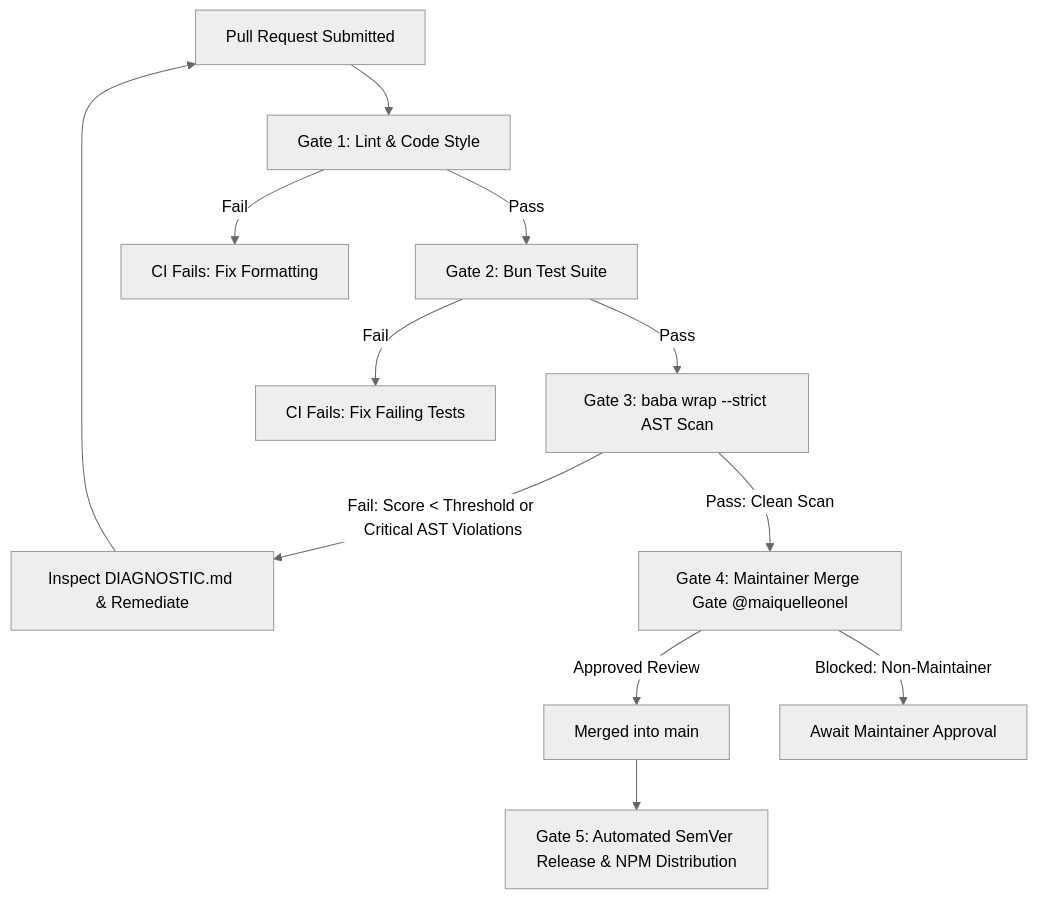
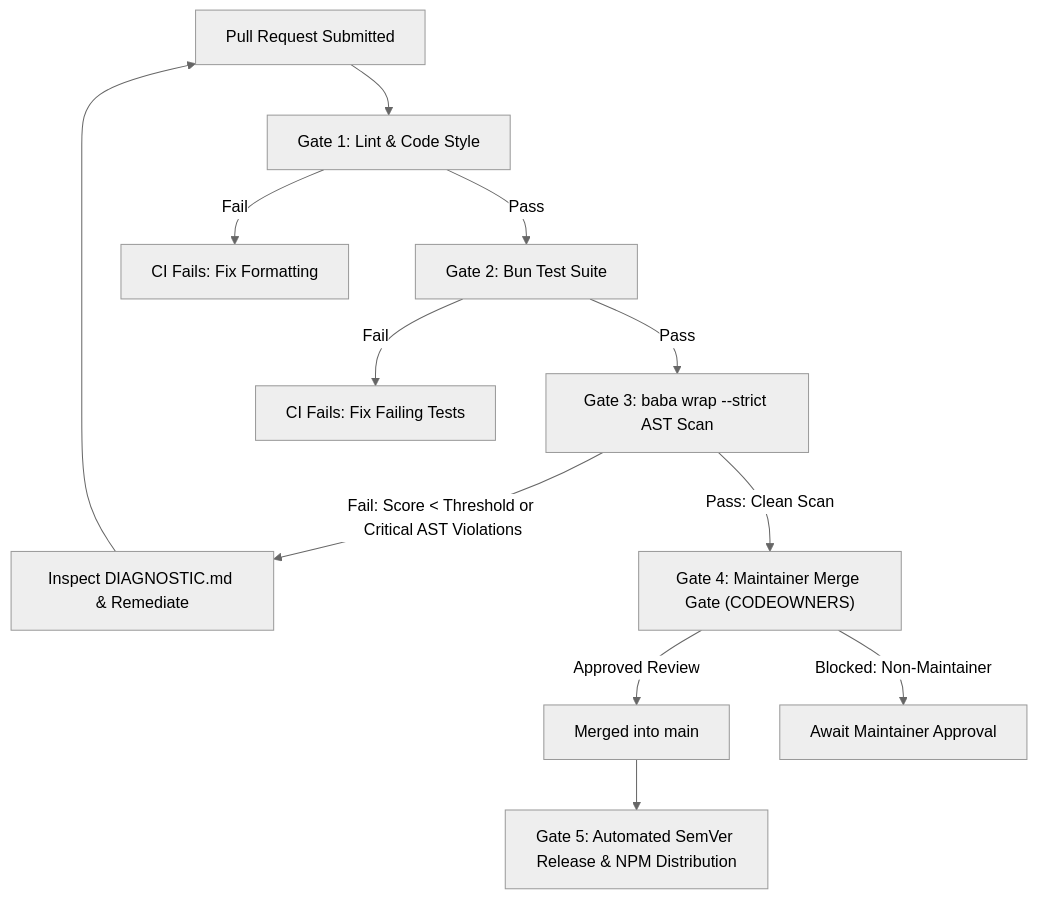
The diagram in docs/guide/integrations/ci-cd-gates.md (maiquelleonel/matryoshka-harness), drawn with Mermaid (neutral theme) before and after one commit. The commit also changed other lines of this file and 24 other files, not shown here.

````diff
--- a/docs/guide/integrations/ci-cd-gates.md
+++ b/docs/guide/integrations/ci-cd-gates.md
@@ -19,14 +22,14 @@
 ```mermaid
 flowchart TD
   PR[Pull Request Submitted] --> Gate1[Gate 1: Lint & Code Style]
   Gate1 -->|Pass| Gate2[Gate 2: Bun Test Suite]
   Gate1 -->|Fail| Block1[CI Fails: Fix Formatting]
   Gate2 -->|Pass| Gate3[Gate 3: baba wrap --strict AST Scan]
   Gate2 -->|Fail| Block2[CI Fails: Fix Failing Tests]
   Gate3 -->|Fail: Score < Threshold or Critical AST Violations| Remediate[Inspect DIAGNOSTIC.md & Remediate]
   Remediate --> PR
-  Gate3 -->|Pass: Clean Scan| Gate4[Gate 4: Maintainer Merge Gate @maiquelleonel]
+  Gate3 -->|Pass: Clean Scan| Gate4["Gate 4: Maintainer Merge Gate (CODEOWNERS)"]
   Gate4 -->|Approved Review| Merge[Merged into main]
   Gate4 -->|Blocked: Non-Maintainer| Wait[Await Maintainer Approval]
   Merge --> Gate5[Gate 5: Automated SemVer Release & NPM Distribution]
 ```
````
